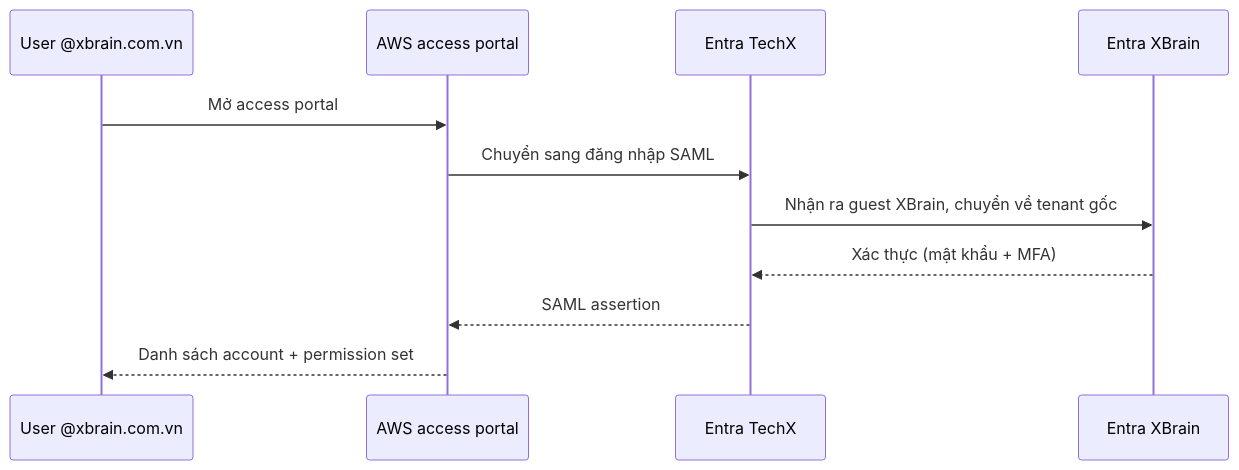
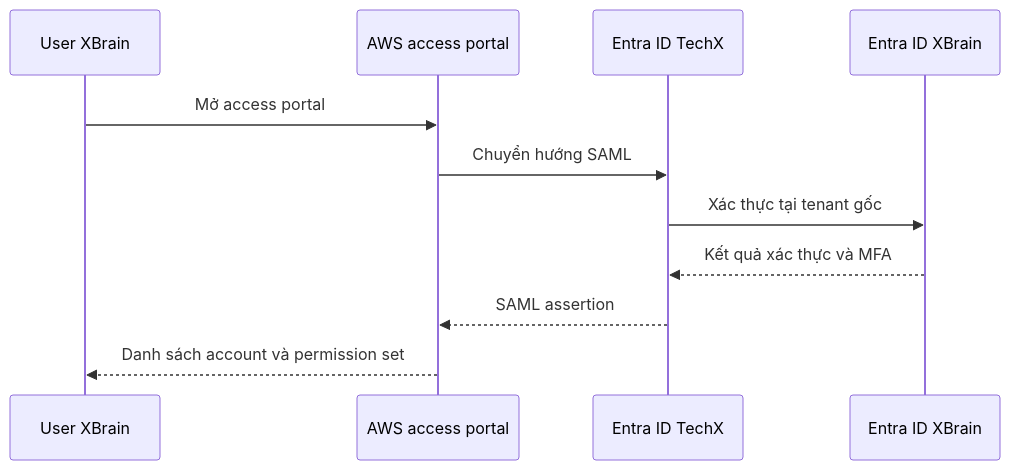
The second of 2 diagrams in docs/01-cross-tenant-access.md (thidinh-xbrain2/techx-devops-docs), drawn with Mermaid before and after one commit. The commit also changed other lines of this file and 2 other files, not shown here.

Commit message:
docs: rewrite cross-tenant doc in AWS docs style, update template

````diff
--- a/docs/01-cross-tenant-access.md
+++ b/docs/01-cross-tenant-access.md
@@ -36,13 +40,13 @@
 ```mermaid
 sequenceDiagram
-  participant U as User @xbrain.com.vn
+  participant U as User XBrain
   participant AWS as AWS access portal
-  participant T as Entra TechX
-  participant X as Entra XBrain
+  participant T as Entra ID TechX
+  participant X as Entra ID XBrain
   U->>AWS: Mở access portal
-  AWS->>T: Chuyển sang đăng nhập SAML
-  T->>X: Nhận ra guest XBrain, chuyển về tenant gốc
-  X-->>T: Xác thực (mật khẩu + MFA)
+  AWS->>T: Chuyển hướng SAML
+  T->>X: Xác thực tại tenant gốc
+  X-->>T: Kết quả xác thực và MFA
   T-->>AWS: SAML assertion
-  AWS-->>U: Danh sách account + permission set
+  AWS-->>U: Danh sách account và permission set
 ```
````
